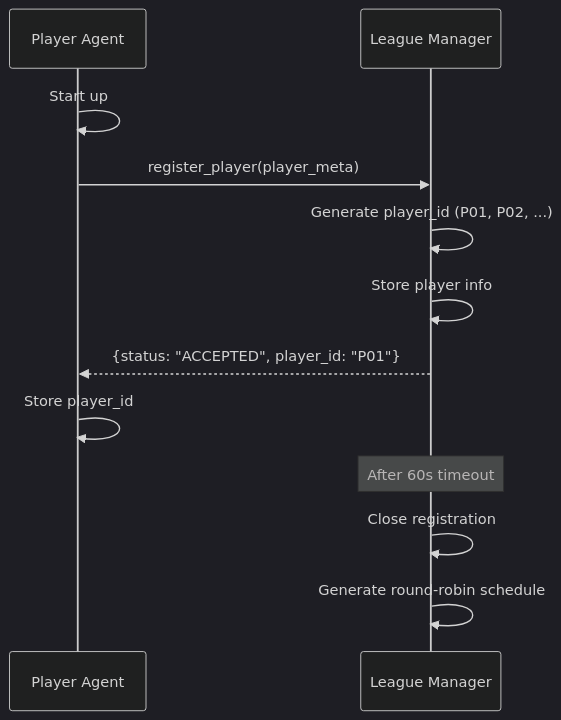
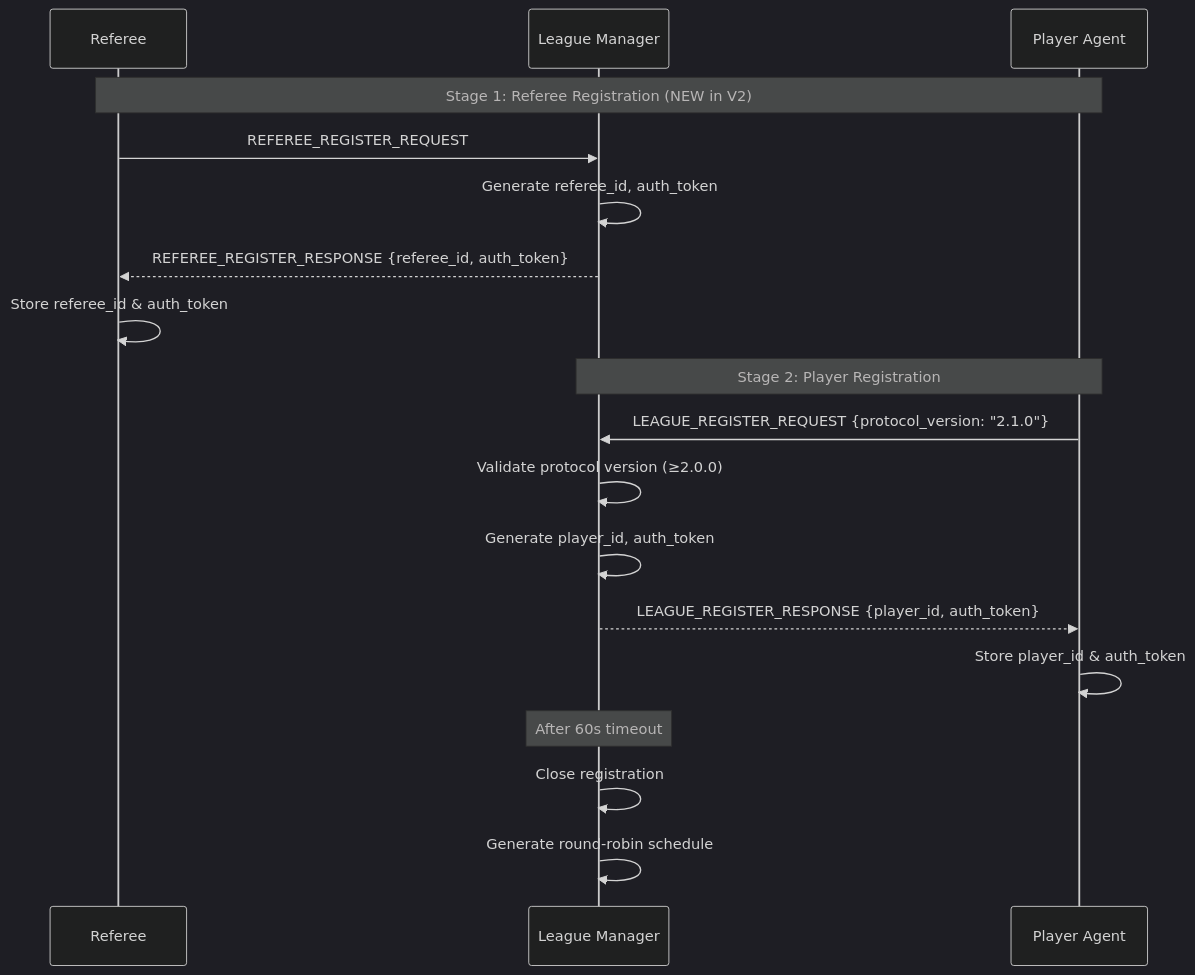
One commit to alienspirit7/L25_HomeWork changed the first of 2 diagrams in README.md. Above: the diagram before and after it, drawn with Mermaid (dark theme). The commit also changed other lines of this file and 10 other files, not shown here.

Commit message:
feat: Introduce League Protocol V2 compliance, adding authentication, retry logic, and structured error responses.

````diff
--- a/README.md
+++ b/README.md
@@ -190,16 +194,23 @@
 ```mermaid
 sequenceDiagram
+    participant R as Referee
+    participant LM as League Manager
     participant P as Player Agent
-    participant LM as League Manager
     
-    P->>P: Start up
-    P->>LM: register_player(player_meta)
-    LM->>LM: Generate player_id (P01, P02, ...)
-    LM->>LM: Store player info
-    LM-->>P: {status: "ACCEPTED", player_id: "P01"}
-    P->>P: Store player_id
+    Note over R,P: Stage 1: Referee Registration (NEW in V2)
+    R->>LM: REFEREE_REGISTER_REQUEST
+    LM->>LM: Generate referee_id, auth_token
+    LM-->>R: REFEREE_REGISTER_RESPONSE {referee_id, auth_token}
+    R->>R: Store referee_id & auth_token
+    
+    Note over P,LM: Stage 2: Player Registration
+    P->>LM: LEAGUE_REGISTER_REQUEST {protocol_version: "2.1.0"}
+    LM->>LM: Validate protocol version (≥2.0.0)
+    LM->>LM: Generate player_id, auth_token
+    LM-->>P: LEAGUE_REGISTER_RESPONSE {player_id, auth_token}
+    P->>P: Store player_id & auth_token
     
     Note over LM: After 60s timeout
     LM->>LM: Close registration
     LM->>LM: Generate round-robin schedule
 ```
````
